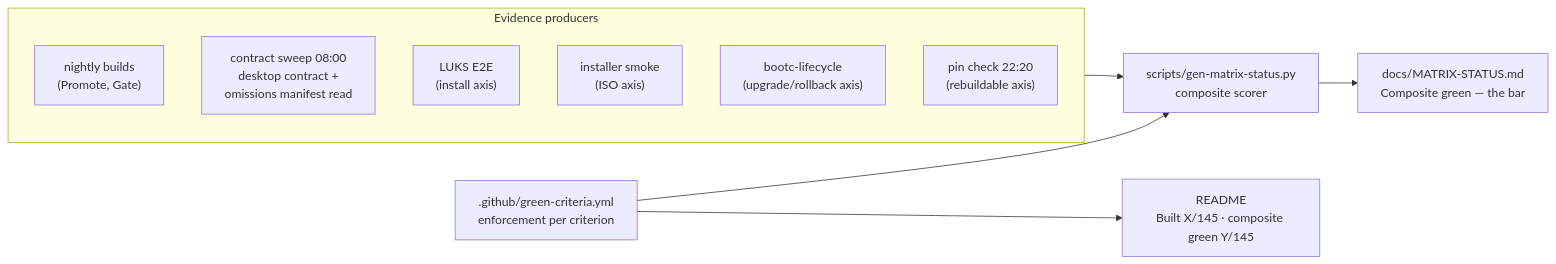
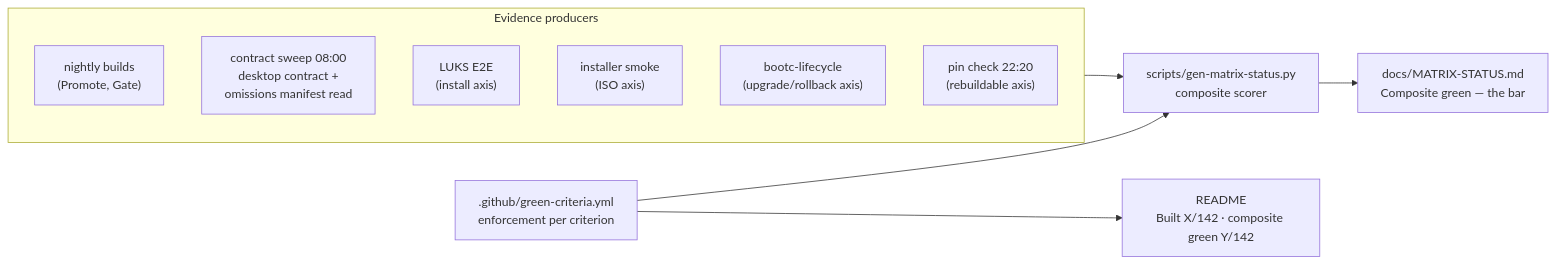
One commit to tuna-os/tunaOS changed the fifth of 5 diagrams in docs/DEVELOPER-GUIDE.md. Above: the diagram before and after it, drawn with Mermaid. The commit also changed other lines of this file and 15 other files, not shown here.

````diff
--- a/docs/DEVELOPER-GUIDE.md
+++ b/docs/DEVELOPER-GUIDE.md
@@ -245,20 +245,20 @@
 ```mermaid
 flowchart LR
     subgraph evidence["Evidence producers"]
         BLD["nightly builds<br/>(Promote, Gate)"]
         SWEEP["contract sweep 08:00<br/>desktop contract +<br/>omissions manifest read"]
         LUKS["LUKS E2E<br/>(install axis)"]
         ISO["installer smoke<br/>(ISO axis)"]
         LC["bootc-lifecycle<br/>(upgrade/rollback axis)"]
         PIN["pin check 22:20<br/>(rebuildable axis)"]
     end
     CRIT[".github/green-criteria.yml<br/>enforcement per criterion"]
     GEN["scripts/gen-matrix-status.py<br/>composite scorer"]
     MS["docs/MATRIX-STATUS.md<br/>Composite green — the bar"]
-    RM["README<br/>Built X/145 · composite green Y/145"]
+    RM["README<br/>Built X/142 · composite green Y/142"]
 
     evidence --> GEN
     CRIT --> GEN
     GEN --> MS
     CRIT --> RM
 ```
````
